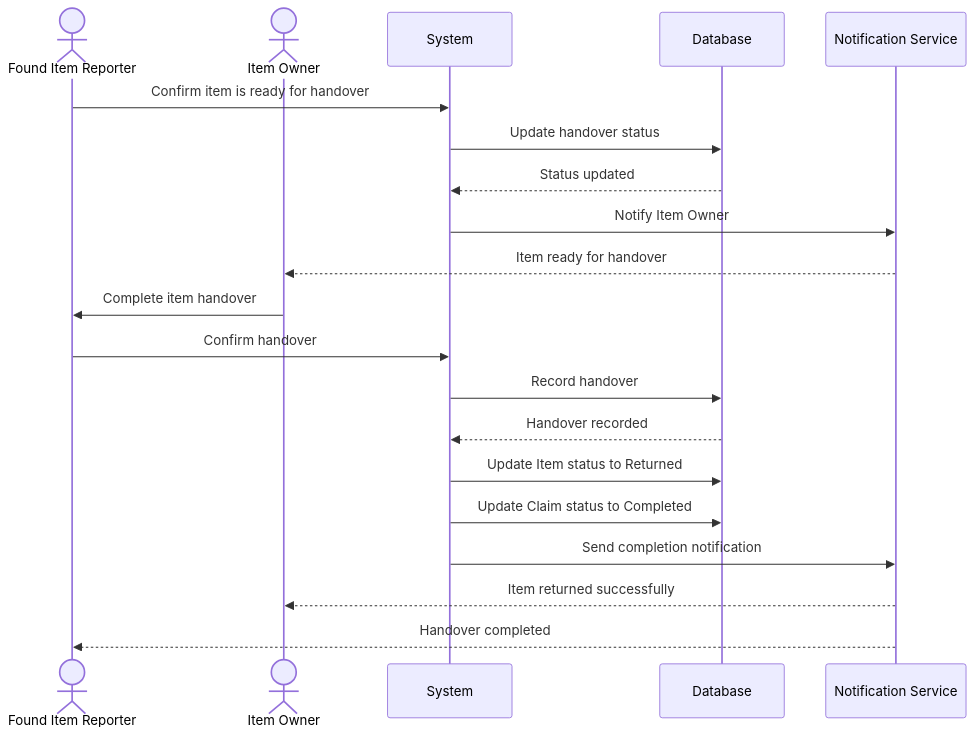
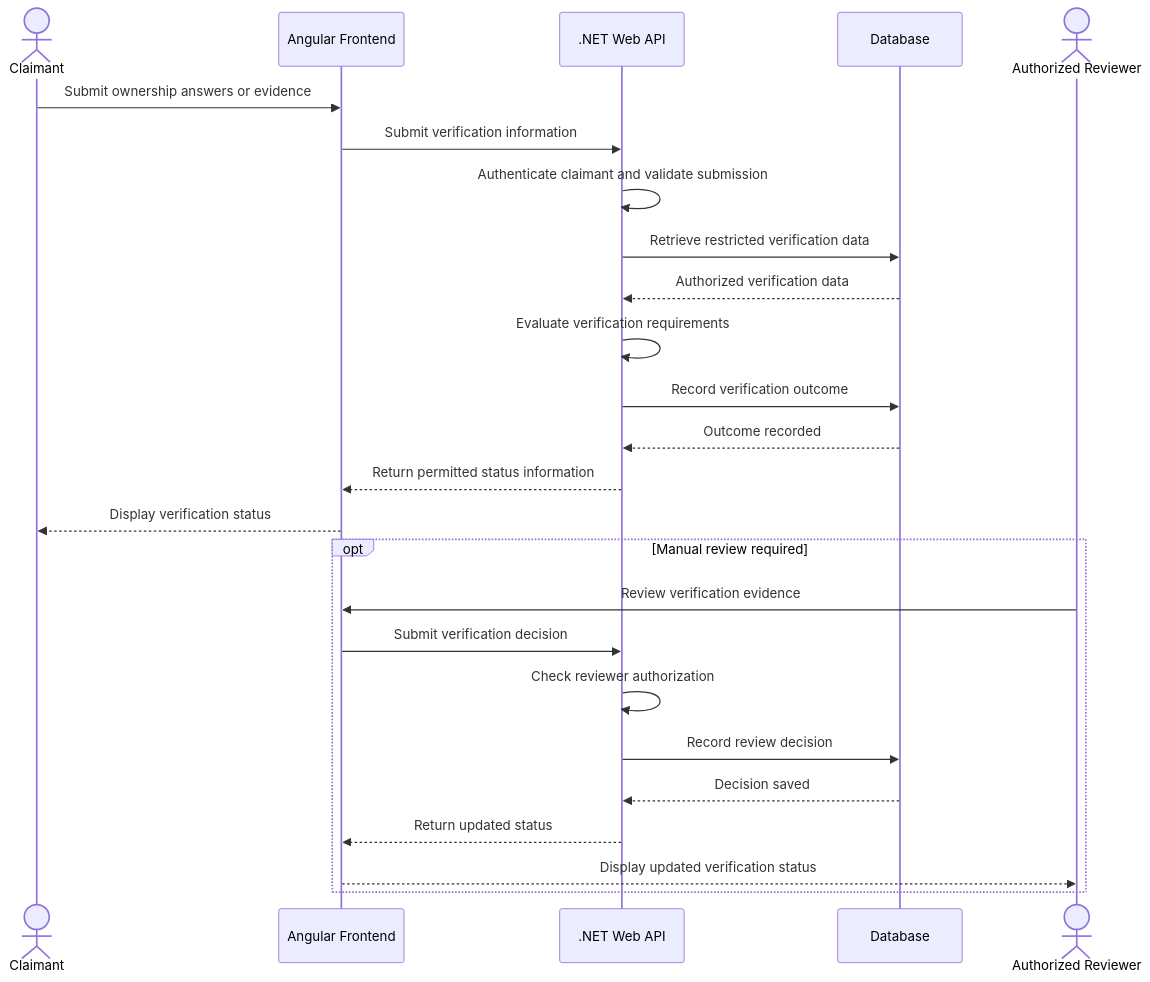
Before and after one commit to RahmaAmeen0/lost-and-found-platform: the seventh of 8 diagrams in docs/sequence-diagrams.md, drawn with Mermaid. The commit also changed other lines of this file, not shown here.

````diff
--- a/docs/sequence-diagrams.md
+++ b/docs/sequence-diagrams.md
@@ -223,29 +242,29 @@
 ```mermaid
 sequenceDiagram
-    actor FoundUser as Found Item Reporter
-    actor LostUser as Item Owner
-    participant System
-    participant Database
-    participant Notification as Notification Service
+    actor Claimant
+    participant Frontend as Angular Frontend
+    participant API as .NET Web API
+    participant DB as Database
+    actor Reviewer as Authorized Reviewer
 
-    FoundUser->>System: Confirm item is ready for handover
+    Claimant->>Frontend: Submit ownership answers or evidence
+    Frontend->>API: Submit verification information
+    API->>API: Authenticate claimant and validate submission
+    API->>DB: Retrieve restricted verification data
+    DB-->>API: Authorized verification data
+    API->>API: Evaluate verification requirements
+    API->>DB: Record verification outcome
+    DB-->>API: Outcome recorded
+    API-->>Frontend: Return permitted status information
+    Frontend-->>Claimant: Display verification status
 
-    System->>Database: Update handover status
-    Database-->>System: Status updated
-
-    System->>Notification: Notify Item Owner
-    Notification-->>LostUser: Item ready for handover
-
-    LostUser->>FoundUser: Complete item handover
-
-    FoundUser->>System: Confirm handover
-    System->>Database: Record handover
-    Database-->>System: Handover recorded
-
-    System->>Database: Update Item status to Returned
-    System->>Database: Update Claim status to Completed
-
-    System->>Notification: Send completion notification
-    Notification-->>LostUser: Item returned successfully
-    Notification-->>FoundUser: Handover completed
+    opt Manual review required
+        Reviewer->>Frontend: Review verification evidence
+        Frontend->>API: Submit verification decision
+        API->>API: Check reviewer authorization
+        API->>DB: Record review decision
+        DB-->>API: Decision saved
+        API-->>Frontend: Return updated status
+        Frontend-->>Reviewer: Display updated verification status
+    end
 ```
````
